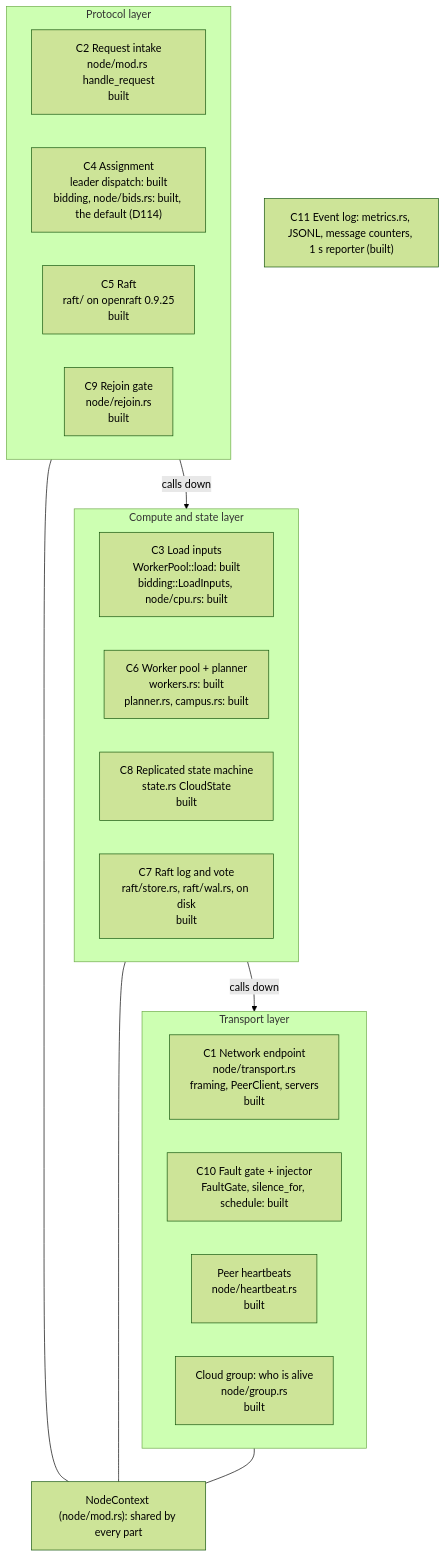
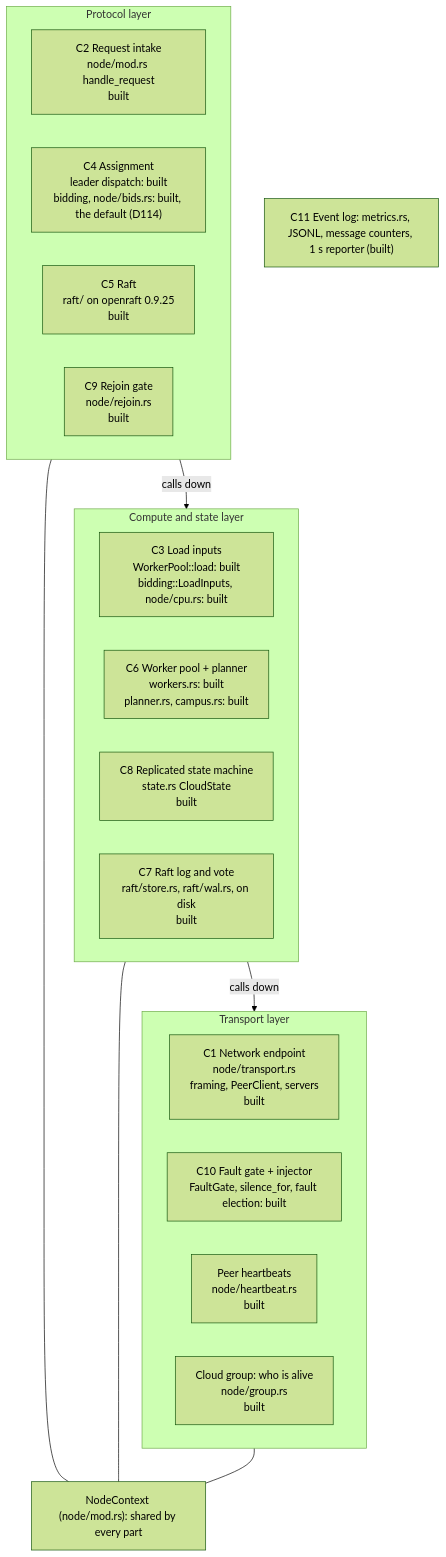
Before and after one commit to noortaytoy1/DistributedSystems: the third of 45 diagrams in docs/architecture.md, drawn with Mermaid (forest theme). The commit also changed other lines of this file and 6 other files, not shown here.

First line of the commit message:
Apply the fault election's doc notes (D158-D162)

````diff
--- a/docs/architecture.md
+++ b/docs/architecture.md
@@ -202,31 +202,31 @@
 ```mermaid
 flowchart TB
     subgraph TR["Transport layer"]
         direction LR
         C1["C1 Network endpoint<br/>node/transport.rs<br/>framing, PeerClient, servers<br/>built"]
-        C10["C10 Fault gate + injector<br/>FaultGate, silence_for, schedule: built"]
+        C10["C10 Fault gate + injector<br/>FaultGate, silence_for, fault election: built"]
         HB["Peer heartbeats<br/>node/heartbeat.rs<br/>built"]
         GRP["Cloud group: who is alive<br/>node/group.rs<br/>built"]
     end
     subgraph PR["Protocol layer"]
         direction LR
         C2["C2 Request intake<br/>node/mod.rs handle_request<br/>built"]
         C4["C4 Assignment<br/>leader dispatch: built<br/>bidding, node/bids.rs: built, the default (D114)"]
         C5["C5 Raft<br/>raft/ on openraft 0.9.25<br/>built"]
         C9["C9 Rejoin gate<br/>node/rejoin.rs<br/>built"]
     end
     subgraph CS["Compute and state layer"]
         direction LR
         C3["C3 Load inputs<br/>WorkerPool::load: built<br/>bidding::LoadInputs, node/cpu.rs: built"]
         C6["C6 Worker pool + planner<br/>workers.rs: built<br/>planner.rs, campus.rs: built"]
         C8["C8 Replicated state machine<br/>state.rs CloudState<br/>built"]
         C7["C7 Raft log and vote<br/>raft/store.rs, raft/wal.rs, on disk<br/>built"]
     end
     C11["C11 Event log: metrics.rs, JSONL, message counters, 1 s reporter (built)"]
     CTX["NodeContext (node/mod.rs): shared by every part"]
     PR -->|"calls down"| CS
     CS -->|"calls down"| TR
     PR --- CTX
     CS --- CTX
     TR --- CTX
 ```
````
